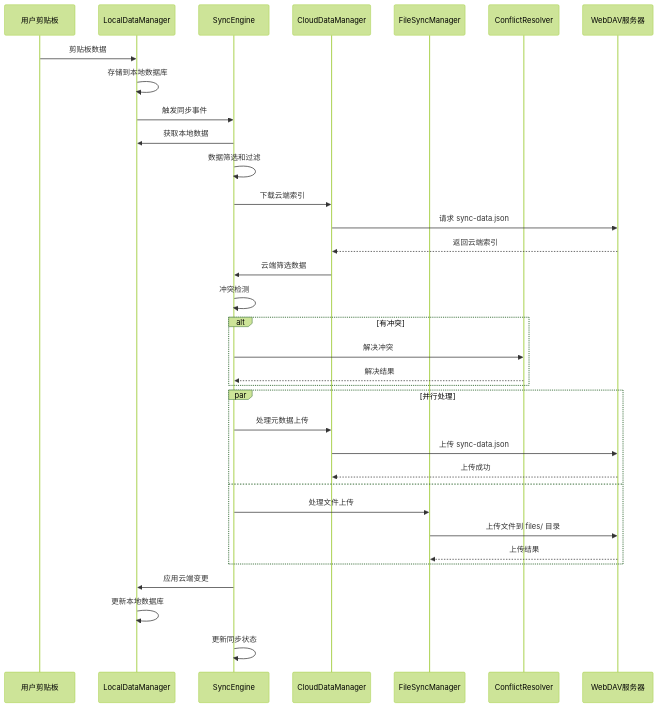
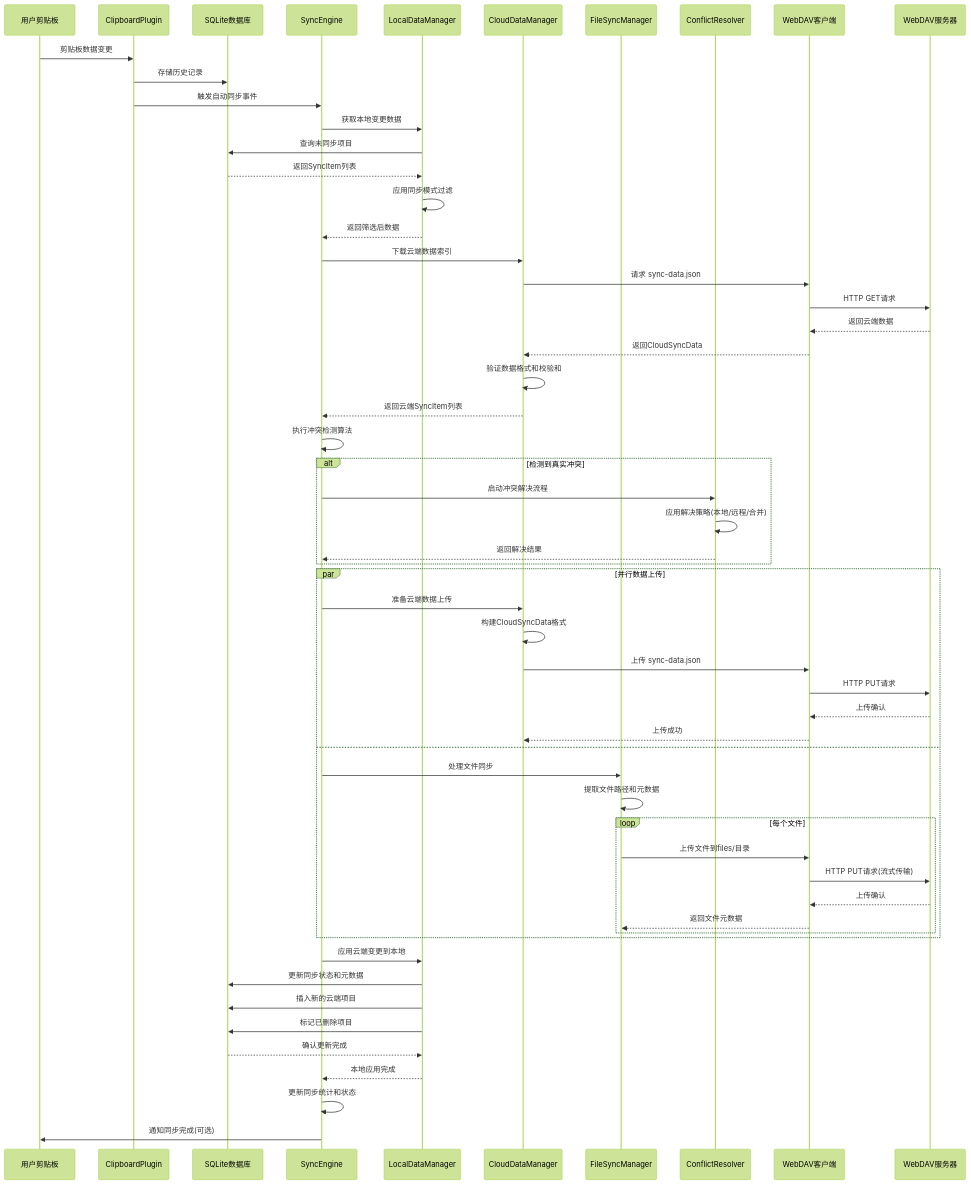
One commit to Ruszero01/EcoPaste-Sync changed the second of 11 diagrams in docs/architecture-diagram.md. Above: the diagram before and after it, drawn with Mermaid (forest theme). The commit also changed other lines of this file and 1 other file, not shown here.

Commit message:
chore: 更新架构文档和架构图

````diff
--- a/docs/architecture-diagram.md
+++ b/docs/architecture-diagram.md
@@ -67,43 +99,66 @@
 ```mermaid
 sequenceDiagram
     participant U as 用户剪贴板
-    participant L as LocalDataManager
+    participant CB as ClipboardPlugin
+    participant DB as SQLite数据库
     participant SE as SyncEngine
+    participant LD as LocalDataManager
     participant CD as CloudDataManager
     participant FS as FileSyncManager
     participant CR as ConflictResolver
-    participant W as WebDAV服务器
+    participant WD as WebDAV客户端
+    participant WV as WebDAV服务器
 
-    U->>L: 剪贴板数据
-    L->>L: 存储到本地数据库
-    L->>SE: 触发同步事件
+    U->>CB: 剪贴板数据变更
+    CB->>DB: 存储历史记录
+    CB->>SE: 触发自动同步事件
 
-    SE->>L: 获取本地数据
-    SE->>SE: 数据筛选和过滤
-    SE->>CD: 下载云端索引
+    SE->>LD: 获取本地变更数据
+    LD->>DB: 查询未同步项目
+    DB-->>LD: 返回SyncItem列表
+    LD->>LD: 应用同步模式过滤
+    LD-->>SE: 返回筛选后数据
 
-    CD->>W: 请求 sync-data.json
-    W-->>CD: 返回云端索引
-    CD->>SE: 云端筛选数据
+    SE->>CD: 下载云端数据索引
+    CD->>WD: 请求 sync-data.json
+    WD->>WV: HTTP GET请求
+    WV-->>WD: 返回云端数据
+    WD-->>CD: 返回CloudSyncData
+    CD->>CD: 验证数据格式和校验和
+    CD-->>SE: 返回云端SyncItem列表
 
-    SE->>SE: 冲突检测
-    alt 有冲突
-        SE->>CR: 解决冲突
-        CR-->>SE: 解决结果
+    SE->>SE: 执行冲突检测算法
+    alt 检测到真实冲突
+        SE->>CR: 启动冲突解决流程
+        CR->>CR: 应用解决策略(本地/远程/合并)
+        CR-->>SE: 返回解决结果
     end
 
-    par 并行处理
-        SE->>CD: 处理元数据上传
-        CD->>W: 上传 sync-data.json
-        W-->>CD: 上传成功
+    par 并行数据上传
+        SE->>CD: 准备云端数据上传
+        CD->>CD: 构建CloudSyncData格式
+        CD->>WD: 上传 sync-data.json
+        WD->>WV: HTTP PUT请求
+        WV-->>WD: 上传确认
+        WD-->>CD: 上传成功
     and
-        SE->>FS: 处理文件上传
-        FS->>W: 上传文件到 files/ 目录
-        W-->>FS: 上传结果
+        SE->>FS: 处理文件同步
+        FS->>FS: 提取文件路径和元数据
+        loop 每个文件
+            FS->>WD: 上传文件到files/目录
+            WD->>WV: HTTP PUT请求(流式传输)
+            WV-->>WD: 上传确认
+            WD-->>FS: 返回文件元数据
+        end
     end
 
-    SE->>L: 应用云端变更
-    L->>L: 更新本地数据库
+    SE->>LD: 应用云端变更到本地
+    LD->>DB: 更新同步状态和元数据
+    LD->>DB: 插入新的云端项目
+    LD->>DB: 标记已删除项目
+    DB-->>LD: 确认更新完成
+    LD-->>SE: 本地应用完成
 
-    SE->>SE: 更新同步状态
+    SE->>SE: 更新同步统计和状态
+    SE->>U: 通知同步完成(可选)
 ```
````
